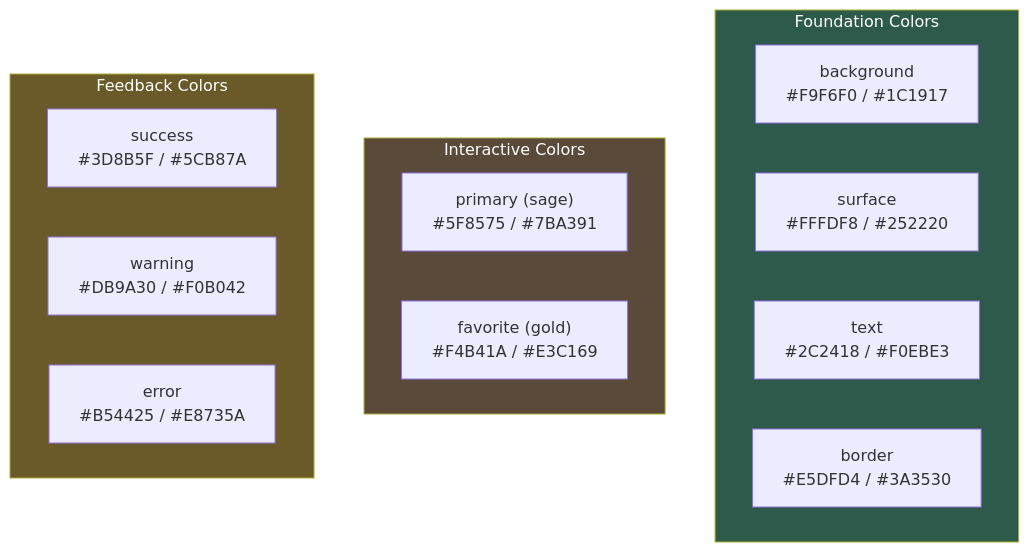
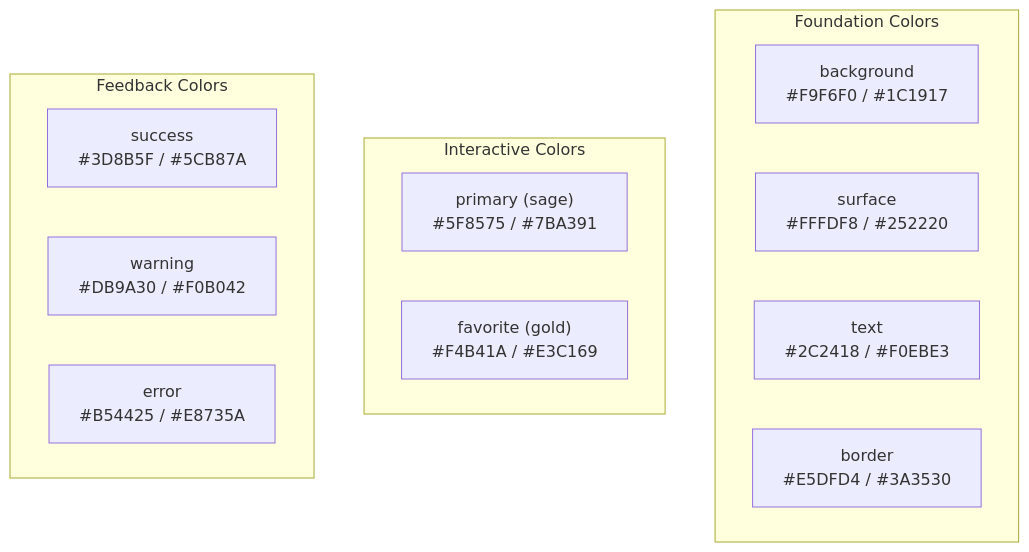
One commit to haowjy/meridian-flow changed the first of 2 diagrams in _docs/technical/frontend/themes/README.md. Above: the diagram before and after it, drawn with Mermaid. The commit also changed other lines of this file and 46 other files, not shown here.

````diff
--- a/_docs/technical/frontend/themes/README.md
+++ b/_docs/technical/frontend/themes/README.md
@@ -29,27 +29,24 @@
 ```mermaid
 flowchart TB
     subgraph Foundation["Foundation Colors"]
         direction LR
         bg["background<br/>#F9F6F0 / #1C1917"]
         surface["surface<br/>#FFFDF8 / #252220"]
         text["text<br/>#2C2418 / #F0EBE3"]
         border["border<br/>#E5DFD4 / #3A3530"]
     end
 
     subgraph Interactive["Interactive Colors"]
         direction LR
         primary["primary (sage)<br/>#5F8575 / #7BA391"]
         favorite["favorite (gold)<br/>#F4B41A / #E3C169"]
     end
 
     subgraph Feedback["Feedback Colors"]
         direction LR
         success["success<br/>#3D8B5F / #5CB87A"]
         warning["warning<br/>#DB9A30 / #F0B042"]
         error["error<br/>#B54425 / #E8735A"]
     end
 
-    style Foundation fill:#2d5a4a,color:#fff
-    style Interactive fill:#5a4a3a,color:#fff
-    style Feedback fill:#6a5a2a,color:#fff
 ```
````
